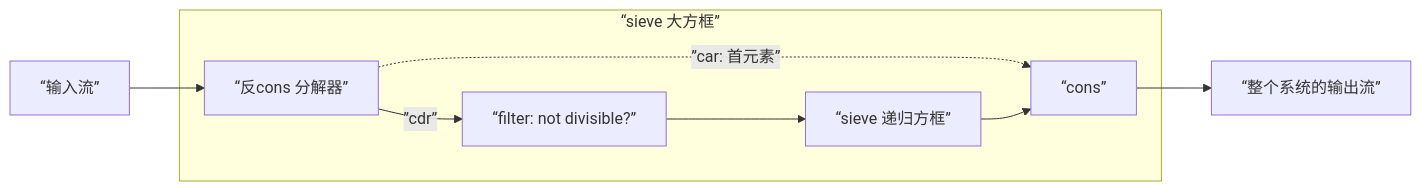
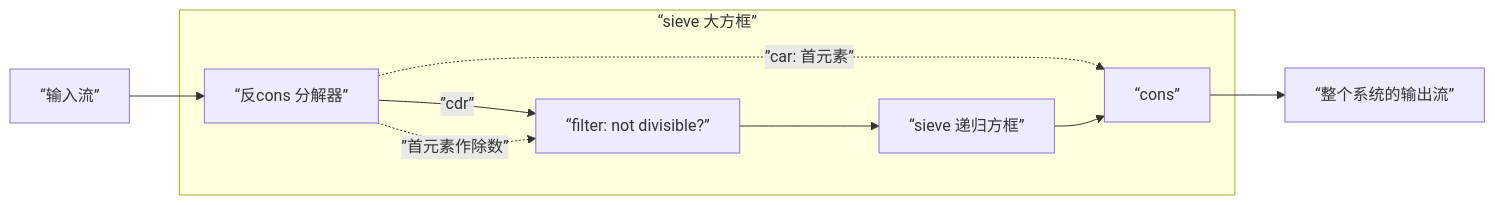
Diagram 29 of 36 in books/structure-and-interpretation-of-computer-programs/03-第3章-模块化对象和状态.md (xiehanff/trans-books-city), drawn with Mermaid before and after one commit. The commit also changed other lines of this file and 80 other files, not shown here.

````diff
--- a/books/structure-and-interpretation-of-computer-programs/03-第3章-模块化对象和状态.md
+++ b/books/structure-and-interpretation-of-computer-programs/03-第3章-模块化对象和状态.md
@@ -3458,12 +3467,13 @@
 ```mermaid
 flowchart LR
     subgraph SB[“sieve 大方框”]
       DEC[“反cons 分解器”]
       DEC -.->|”car: 首元素”| CONS[“cons”]
       DEC -->|”cdr”| FIL[“filter: not divisible?”]
+      DEC -.->|”首元素作除数”| FIL
       FIL --> S2[“sieve 递归方框”]
       S2 --> CONS
     end
     IN[“输入流”] --> DEC
     CONS --> OUT[“整个系统的输出流”]
 ```
````
